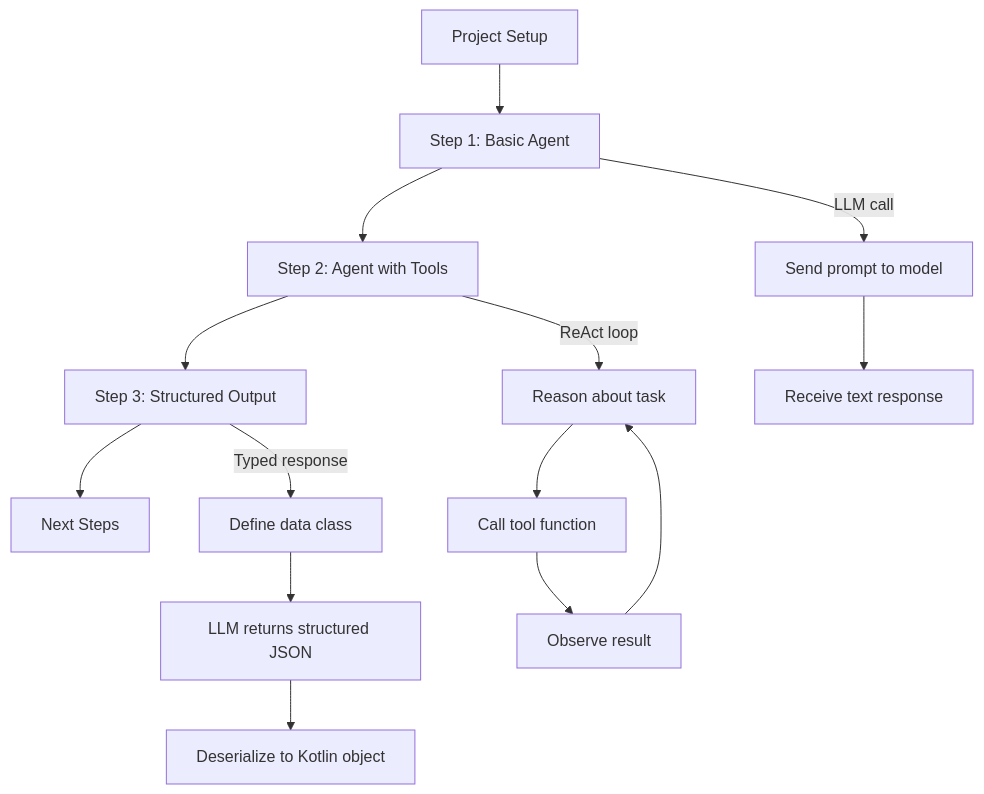
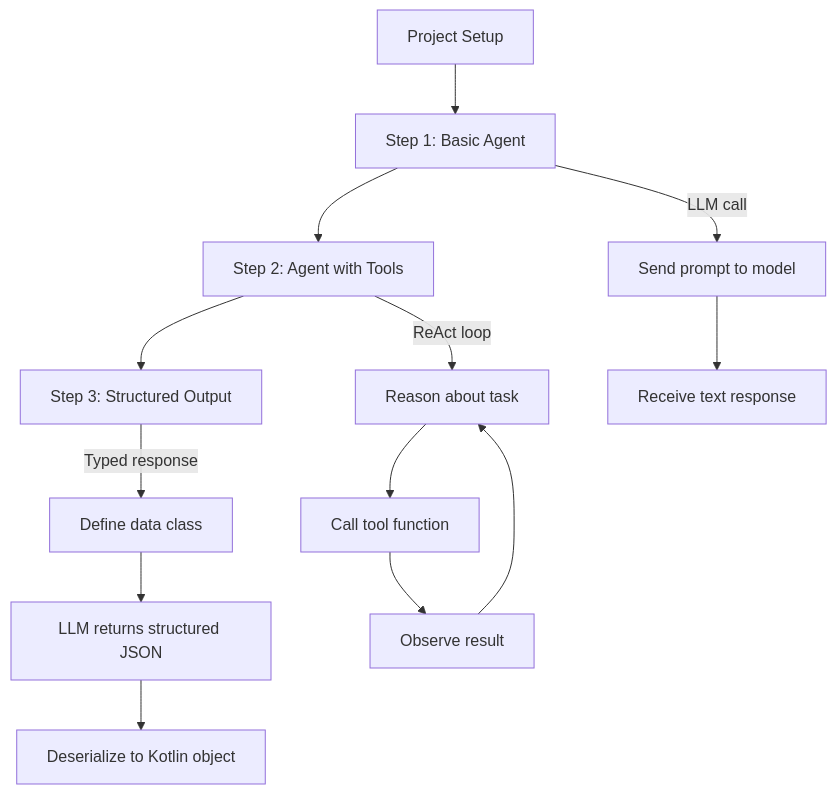
Before and after one commit to bhardwajRahul/agents-towards-production: the diagram in tutorials/kotlin-agent-with-koog/tutorial.md, drawn with Mermaid. The commit also changed other lines of this file and 4 other files, not shown here.

First line of the commit message:
Fix issues in Kotlin Koog tutorial: remove stale diagram node, improve run.sh robustness, sync build file

````diff
--- a/tutorials/kotlin-agent-with-koog/tutorial.md
+++ b/tutorials/kotlin-agent-with-koog/tutorial.md
@@ -9,19 +9,18 @@
 ```mermaid
 graph TD
     A[Project Setup] --> B[Step 1: Basic Agent]
     B --> C[Step 2: Agent with Tools]
     C --> D[Step 3: Structured Output]
-    D --> E[Next Steps]
 
     B -- "LLM call" --> B1[Send prompt to model]
     B1 --> B2[Receive text response]
 
     C -- "ReAct loop" --> C1[Reason about task]
     C1 --> C2[Call tool function]
     C2 --> C3[Observe result]
     C3 --> C1
 
     D -- "Typed response" --> D1[Define data class]
     D1 --> D2[LLM returns structured JSON]
     D2 --> D3[Deserialize to Kotlin object]
 ```
````
